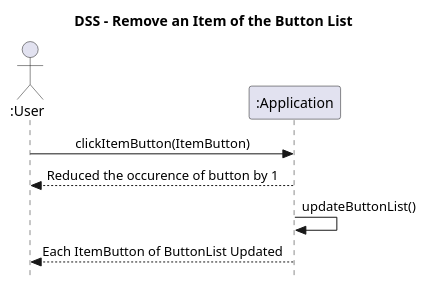
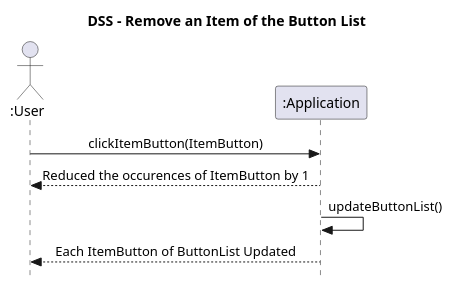
Before and after one commit to vexys001/RandoTracker: the diagram in docs/DSS/cu04_RemoveItem_dss.puml, drawn with PlantUML. The commit also changed 1 other file, not shown here.

```diff
--- a/docs/DSS/cu04_RemoveItem_dss.puml
+++ b/docs/DSS/cu04_RemoveItem_dss.puml
@@ -1,17 +1,17 @@
 @startuml 
 skinparam style strictuml
 skinparam DefaultFontName Verdana
 skinparam backgroundcolor transparent
 skinparam sequenceMessageAlign center
 title DSS - Remove an Item of the Button List
 
 actor ":User" as u
 participant ":Application" as a 
 
 u -> a : clickItemButton(ItemButton)
-a --> u : Reduced the occurence of button by 1
+a --> u : Reduced the occurences of ItemButton by 1
 
 a -> a : updateButtonList()
 a --> u : Each ItemButton of ButtonList Updated
 
 @enduml
```
